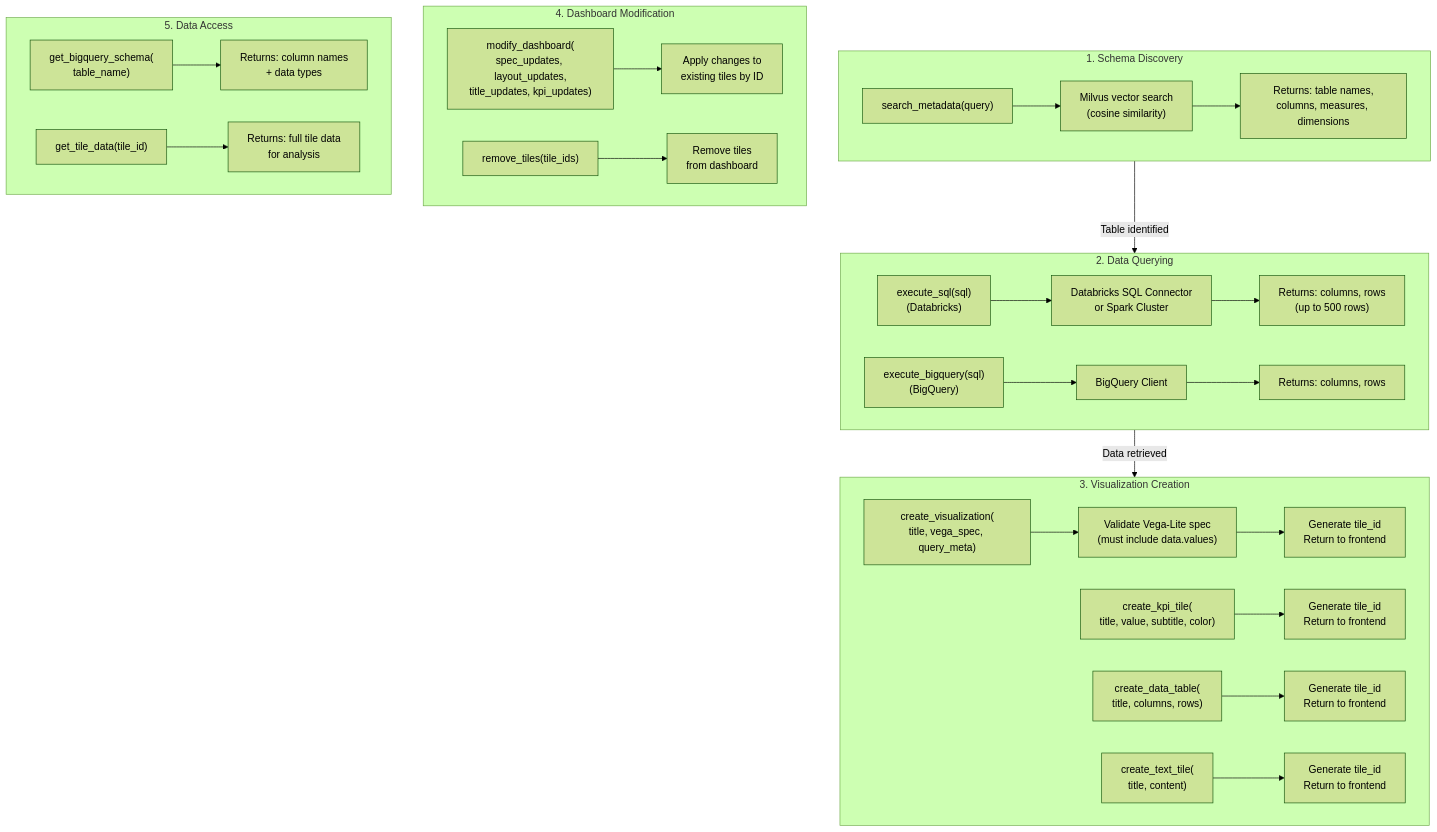
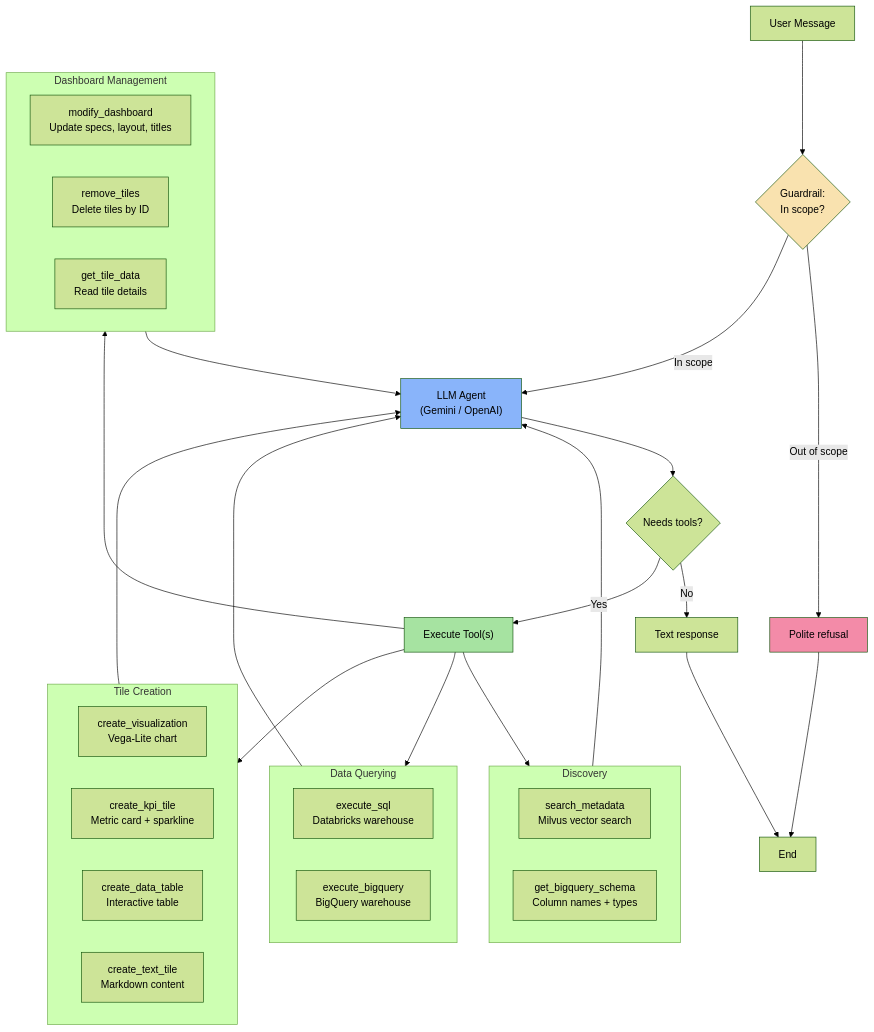
One commit to anduriroshan/Agentic-Boards-Gemini changed the diagram in docs/flowcharts/04-agentic-workflow.md. Above: the diagram before and after it, drawn with Mermaid (forest theme). The commit also changed other lines of this file and 4 other files, not shown here.

Commit message:
refactor: Simplify and enhance workflow diagrams for overall system, frontend, backend, agentic, and deployment processes

````diff
--- a/docs/flowcharts/04-agentic-workflow.md
+++ b/docs/flowcharts/04-agentic-workflow.md
@@ -58,52 +3,50 @@
 ```mermaid
 flowchart TD
-    subgraph Discovery["1. Schema Discovery"]
-        SearchMeta["search_metadata(query)"]
-        --> MilvusQuery["Milvus vector search<br/>(cosine similarity)"]
-        --> TableResults["Returns: table names,<br/>columns, measures, dimensions"]
+    UserMsg["User Message"] --> Guardrail{"Guardrail:<br/>In scope?"}
+
+    Guardrail -->|"Out of scope"| Refuse["Polite refusal"] --> Done["End"]
+    Guardrail -->|"In scope"| Agent["LLM Agent<br/>(Gemini / OpenAI)"]
+
+    Agent --> Decision{"Needs tools?"}
+    Decision -->|"No"| TextReply["Text response"] --> Done
+
+    Decision -->|"Yes"| ToolExec["Execute Tool(s)"]
+
+    subgraph Discovery["Discovery"]
+        SearchMeta["search_metadata<br/>Milvus vector search"]
+        GetSchema["get_bigquery_schema<br/>Column names + types"]
     end
 
-    subgraph Query["2. Data Querying"]
-        ExecSQL["execute_sql(sql)<br/>(Databricks)"]
-        --> DBConn["Databricks SQL Connector<br/>or Spark Cluster"]
-        --> SQLResults["Returns: columns, rows<br/>(up to 500 rows)"]
-
-        ExecBQ["execute_bigquery(sql)<br/>(BigQuery)"]
-        --> BQClient["BigQuery Client"]
-        --> BQResults["Returns: columns, rows"]
+    subgraph DataQuery["Data Querying"]
+        ExecSQL["execute_sql<br/>Databricks warehouse"]
+        ExecBQ["execute_bigquery<br/>BigQuery warehouse"]
     end
 
-    subgraph Viz["3. Visualization Creation"]
-        CreateViz["create_visualization(<br/>title, vega_spec, query_meta)"]
-        --> ValidateSpec["Validate Vega-Lite spec<br/>(must include data.values)"]
-        --> TileID1["Generate tile_id<br/>Return to frontend"]
-
-        CreateKPI["create_kpi_tile(<br/>title, value, subtitle, color)"]
-        --> TileID2["Generate tile_id<br/>Return to frontend"]
-
-        CreateTable["create_data_table(<br/>title, columns, rows)"]
-        --> TileID3["Generate tile_id<br/>Return to frontend"]
-
-        CreateText["create_text_tile(<br/>title, content)"]
-        --> TileID4["Generate tile_id<br/>Return to frontend"]
+    subgraph TileCreation["Tile Creation"]
+        CreateViz["create_visualization<br/>Vega-Lite chart"]
+        CreateKPI["create_kpi_tile<br/>Metric card + sparkline"]
+        CreateTable["create_data_table<br/>Interactive table"]
+        CreateText["create_text_tile<br/>Markdown content"]
     end
 
-    subgraph Modify["4. Dashboard Modification"]
-        ModDash["modify_dashboard(<br/>spec_updates, layout_updates,<br/>title_updates, kpi_updates)"]
-        --> ApplyChanges["Apply changes to<br/>existing tiles by ID"]
-
-        RemTiles["remove_tiles(tile_ids)"]
-        --> DeleteTiles["Remove tiles<br/>from dashboard"]
+    subgraph DashMgmt["Dashboard Management"]
+        Modify["modify_dashboard<br/>Update specs, layout, titles"]
+        Remove["remove_tiles<br/>Delete tiles by ID"]
+        GetTile["get_tile_data<br/>Read tile details"]
     end
 
-    subgraph DataAccess["5. Data Access"]
-        GetSchema["get_bigquery_schema(<br/>table_name)"]
-        --> SchemaInfo["Returns: column names<br/>+ data types"]
+    ToolExec --> Discovery
+    ToolExec --> DataQuery
+    ToolExec --> TileCreation
+    ToolExec --> DashMgmt
 
-        GetTileData["get_tile_data(tile_id)"]
-        --> TileInfo["Returns: full tile data<br/>for analysis"]
-    end
+    Discovery --> Agent
+    DataQuery --> Agent
+    TileCreation --> Agent
+    DashMgmt --> Agent
 
-    Discovery -->|"Table identified"| Query
-    Query -->|"Data retrieved"| Viz
+    style Guardrail fill:#f9e2af
+    style Agent fill:#89b4fa
+    style ToolExec fill:#a6e3a1
+    style Refuse fill:#f38ba8
 ```
````
